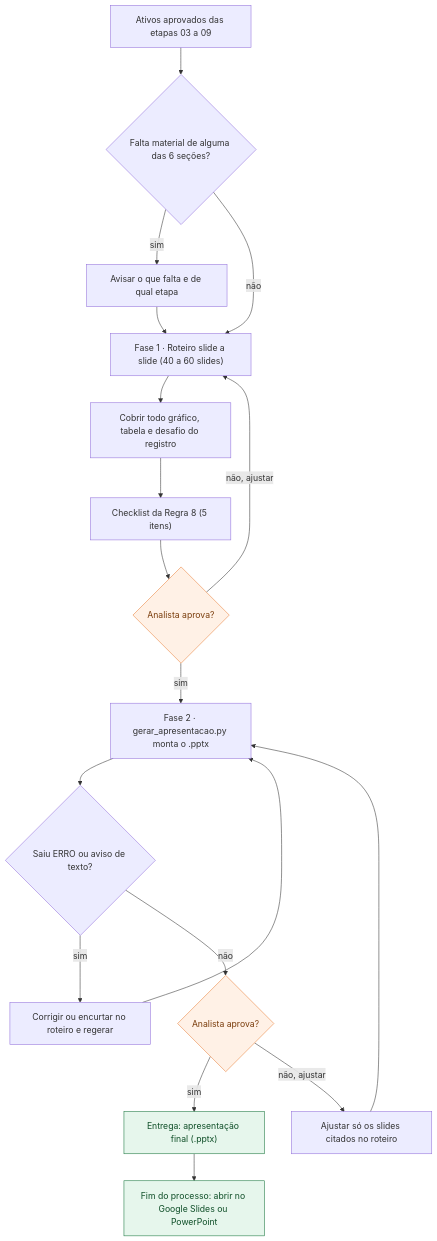
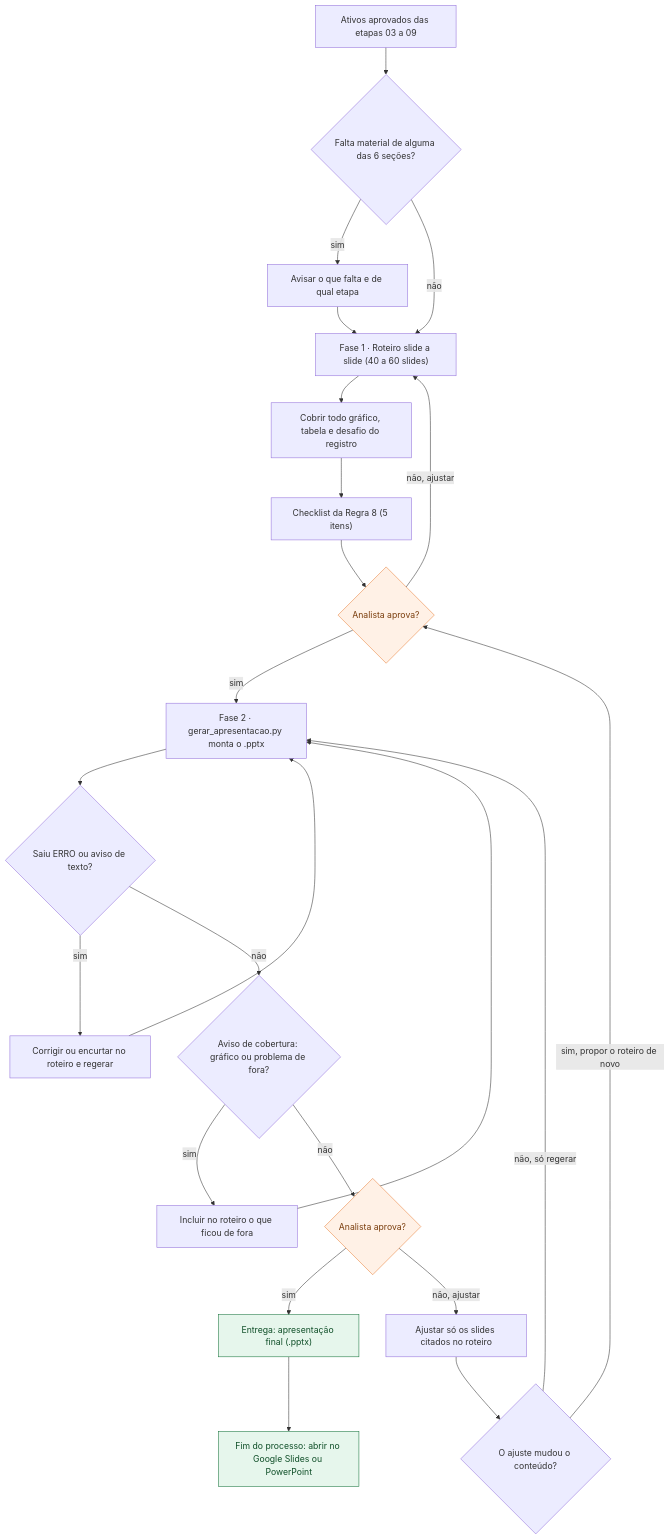
The diagram in .claude/skills/10-apresentacao-final/fluxo.mmd (MatheusBoomer/growth-cycle-boomer), drawn with Mermaid before and after one commit. The commit also changed 9 other files, not shown here.

```diff
--- a/.claude/skills/10-apresentacao-final/fluxo.mmd
+++ b/.claude/skills/10-apresentacao-final/fluxo.mmd
@@ -1,39 +1,47 @@
 flowchart TD
   I1["Ativos aprovados das etapas 03 a 09"]
   D1{"Falta material de alguma das 6 seções?"}
   P1["Avisar o que falta e de qual etapa"]
   P2["Fase 1 · Roteiro slide a slide (40 a 60 slides)"]
   P3["Cobrir todo gráfico, tabela e desafio do registro"]
   P4["Checklist da Regra 8 (5 itens)"]
   C1{"Analista aprova?"}
   P5["Fase 2 · gerar_apresentacao.py monta o .pptx"]
   D2{"Saiu ERRO ou aviso de texto?"}
   P6["Corrigir ou encurtar no roteiro e regerar"]
+  D3{"Aviso de cobertura: gráfico ou problema de fora?"}
+  P8["Incluir no roteiro o que ficou de fora"]
   C2{"Analista aprova?"}
   P7["Ajustar só os slides citados no roteiro"]
+  D4{"O ajuste mudou o conteúdo?"}
   E1["Entrega: apresentação final (.pptx)"]
   FIM["Fim do processo: abrir no Google Slides ou PowerPoint"]
 
   I1 --> D1
   D1 -->|"sim"| P1
   D1 -->|"não"| P2
   P1 --> P2
   P2 --> P3
   P3 --> P4
   P4 --> C1
   C1 -->|"sim"| P5
   C1 -->|"não, ajustar"| P2
   P5 --> D2
   D2 -->|"sim"| P6
   P6 --> P5
-  D2 -->|"não"| C2
+  D2 -->|"não"| D3
+  D3 -->|"sim"| P8
+  P8 --> P5
+  D3 -->|"não"| C2
   C2 -->|"sim"| E1
   C2 -->|"não, ajustar"| P7
-  P7 --> P5
+  P7 --> D4
+  D4 -->|"sim, propor o roteiro de novo"| C1
+  D4 -->|"não, só regerar"| P5
   E1 --> FIM
 
   class C1,C2 checkpoint
   class E1,FIM entrega
   classDef checkpoint fill:#fff1e6,stroke:#e8803a,color:#7a3d0c
   classDef subagente fill:#e8f0fd,stroke:#1f4fa8,color:#173a7a
   classDef entrega fill:#e6f6ec,stroke:#16743b,color:#0f4f28
```
